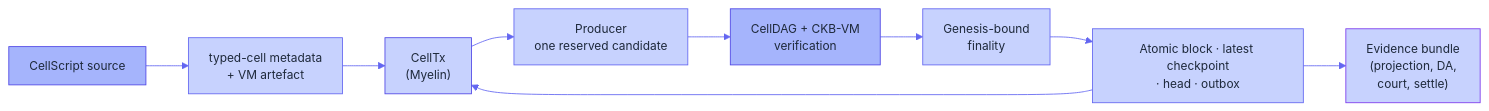
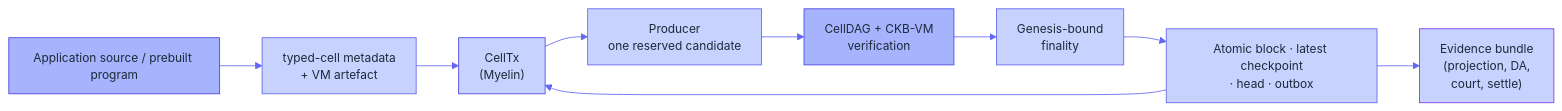
The diagram in docs/index.md (Myelin-Labs/Myelin), drawn with Mermaid before and after one commit. The commit also changed other lines of this file and 55 other files, not shown here.

Commit message:
Decouple CellScript tooling behind a generic contract artifact boundary

````diff
--- a/docs/index.md
+++ b/docs/index.md
@@ -132,36 +132,36 @@
 ```mermaid
 %%{init: {
   "theme": "base",
   "themeVariables": {
     "primaryColor": "#A5B4FC",
     "primaryTextColor": "#1E293B",
     "primaryBorderColor": "#4F46E5",
     "lineColor": "#6366F1",
     "secondaryColor": "#C7D2FE",
     "tertiaryColor": "#C7D2FE",
     "fontFamily": "Inter, system-ui, sans-serif",
     "fontSize": "14px"
   },
   "flowchart": { "curve": "basis", "padding": 12 }
 }}%%
 flowchart LR
-    A["CellScript source"]:::source
+    A["Application source / prebuilt program"]:::source
     B["typed-cell metadata<br/>+ VM artefact"]:::artefact
     C["CellTx<br/>(Myelin)"]:::tx
     D["Producer<br/>one reserved candidate"]:::sched
     E["CellDAG + CKB-VM<br/>verification"]:::vm
     F["Genesis-bound<br/>finality"]:::state
     G["Atomic block · latest checkpoint<br/>· head · outbox"]:::state
     H["Evidence bundle<br/>(projection, DA,<br/>court, settle)"]:::evidence
 
     A --> B --> C --> D --> E --> F --> G --> H
     G --> C
 
     classDef source   fill:#A5B4FC,stroke:#4F46E5,color:#1E293B;
     classDef artefact fill:#C7D2FE,stroke:#6366F1,color:#1E293B;
     classDef tx       fill:#C7D2FE,stroke:#4F46E5,color:#1E293B;
     classDef sched    fill:#C7D2FE,stroke:#6366F1,color:#1E293B;
     classDef vm       fill:#A5B4FC,stroke:#4F46E5,color:#1E293B;
     classDef state    fill:#C7D2FE,stroke:#6366F1,color:#1E293B;
     classDef evidence fill:#C7D2FE,stroke:#7C3AED,color:#1E293B;
 ```
````
